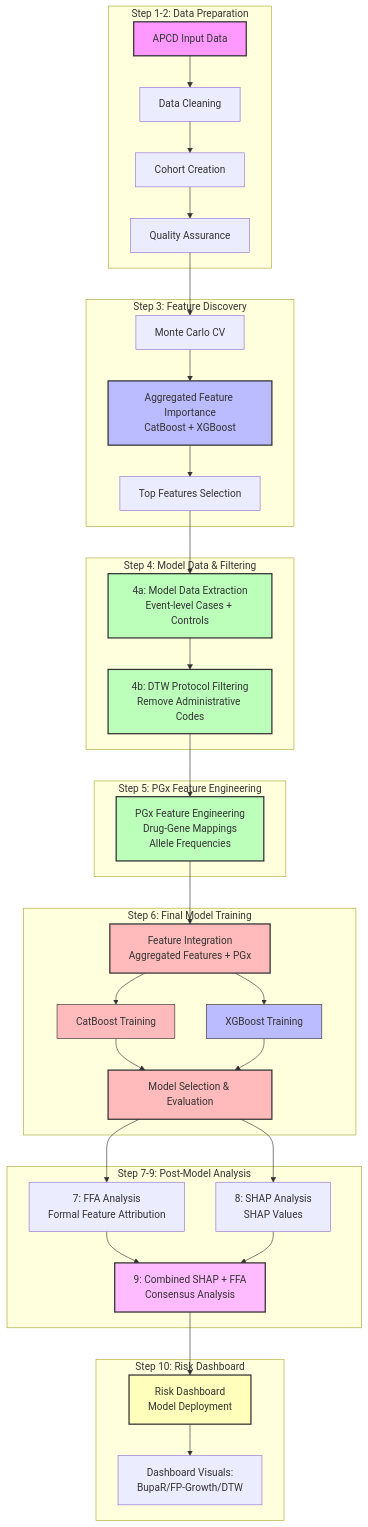
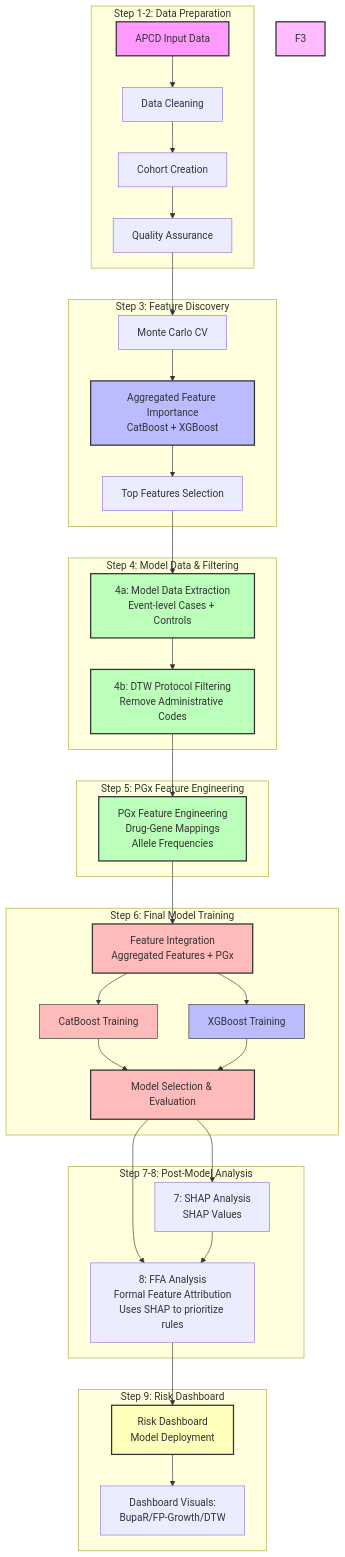
One commit to Jerome3590/pgx-analysis changed the diagram in README.md. Above: the diagram before and after it, drawn with Mermaid. The commit also changed other lines of this file and 124 other files, not shown here.

First line of the commit message:
Remove Step 9 (combined SHAP+FFA) and reorder workflow

````diff
--- a/README.md
+++ b/README.md
@@ -47,55 +46,54 @@
 ```mermaid
 flowchart TD
     subgraph "Step 1-2: Data Preparation"
         A1[APCD Input Data] --> A2[Data Cleaning]
         A2 --> A3[Cohort Creation]
         A3 --> A4[Quality Assurance]
     end
     
     subgraph "Step 3: Feature Discovery"
         A4 --> B1[Monte Carlo CV]
         B1 --> B2[Aggregated Feature Importance<br/>CatBoost + XGBoost]
         B2 --> B3[Top Features Selection]
     end
     
     subgraph "Step 4: Model Data & Filtering"
         B3 --> C1[4a: Model Data Extraction<br/>Event-level Cases + Controls]
         C1 --> C2[4b: DTW Protocol Filtering<br/>Remove Administrative Codes]
     end
     
     subgraph "Step 5: PGx Feature Engineering"
         C2 --> D1[PGx Feature Engineering<br/>Drug-Gene Mappings<br/>Allele Frequencies]
     end
     
     subgraph "Step 6: Final Model Training"
         D1 --> E1[Feature Integration<br/>Aggregated Features + PGx]
         E1 --> E2[CatBoost Training]
         E1 --> E3[XGBoost Training]
         E2 --> E4[Model Selection & Evaluation]
         E3 --> E4
     end
     
-    subgraph "Step 7-9: Post-Model Analysis"
-        E4 --> F1[7: FFA Analysis<br/>Formal Feature Attribution]
-        E4 --> F2[8: SHAP Analysis<br/>SHAP Values]
-        F1 --> F3[9: Combined SHAP + FFA<br/>Consensus Analysis]
-        F2 --> F3
+    subgraph "Step 7-8: Post-Model Analysis"
+        E4 --> F1[7: SHAP Analysis<br/>SHAP Values]
+        E4 --> F2[8: FFA Analysis<br/>Formal Feature Attribution<br/>Uses SHAP to prioritize rules]
+        F1 --> F2
     end
     
-    subgraph "Step 10: Risk Dashboard"
-        F3 --> G1[Risk Dashboard<br/>Model Deployment]
+    subgraph "Step 9: Risk Dashboard"
+        F2 --> G1[Risk Dashboard<br/>Model Deployment]
         G1 --> G2[Dashboard Visuals:<br/>BupaR/FP-Growth/DTW]
     end
     
     style A1 fill:#f9f,stroke:#333,stroke-width:2px
     style B2 fill:#bbf,stroke:#333,stroke-width:2px
     style C1 fill:#bfb,stroke:#333,stroke-width:2px
     style C2 fill:#bfb,stroke:#333,stroke-width:2px
     style D1 fill:#bfb,stroke:#333,stroke-width:2px
     style E1 fill:#fbb,stroke:#333,stroke-width:2px
     style E2 fill:#fbb,stroke:#333,stroke-width:2px    %% CatBoost
     style E3 fill:#bbf,stroke:#333,stroke-width:2px    %% XGBoost
     style E4 fill:#fbb,stroke:#333,stroke-width:2px
     style F3 fill:#fbf,stroke:#333,stroke-width:2px
     style G1 fill:#ffb,stroke:#333,stroke-width:2px
 ```
````
